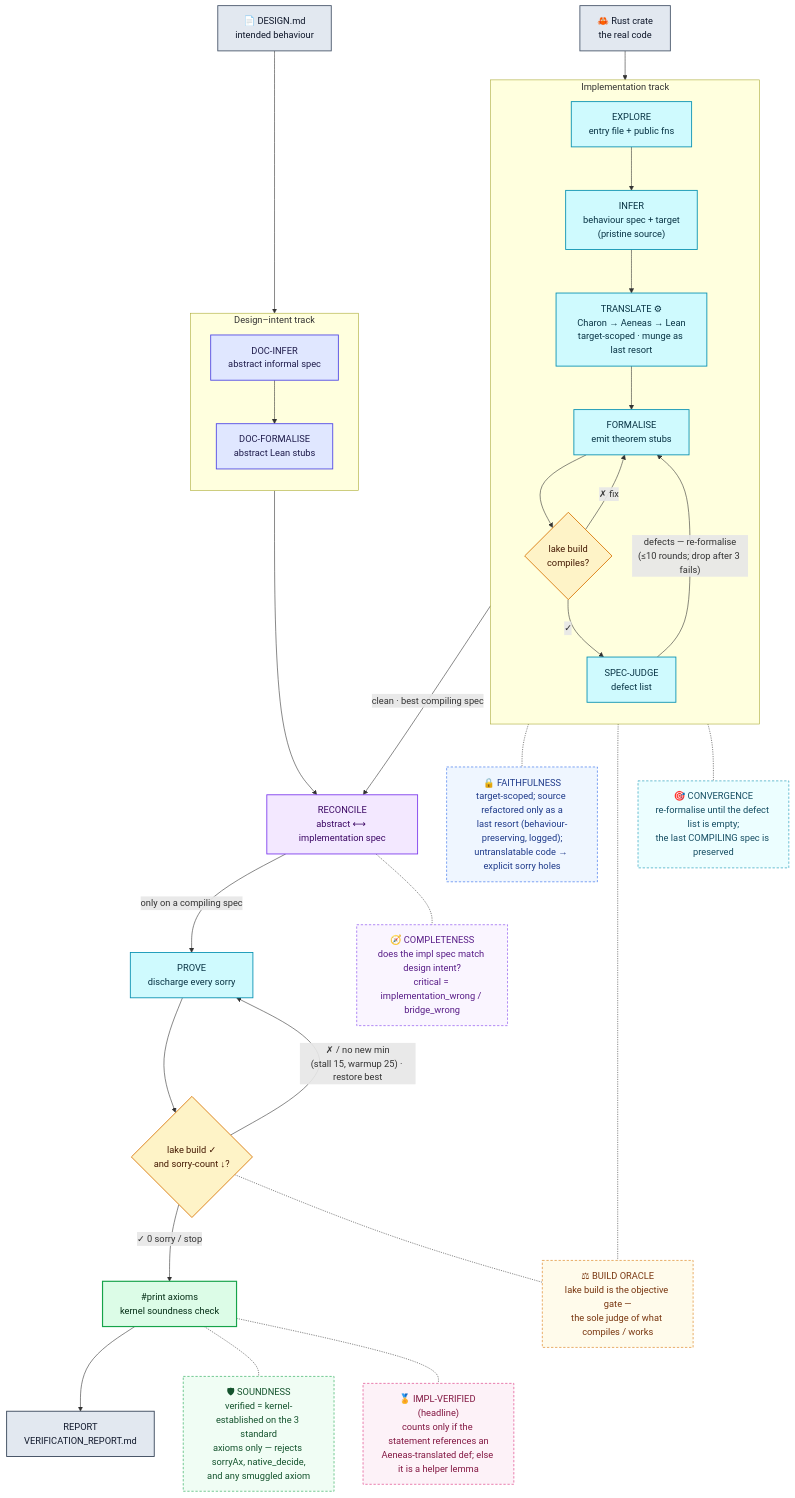
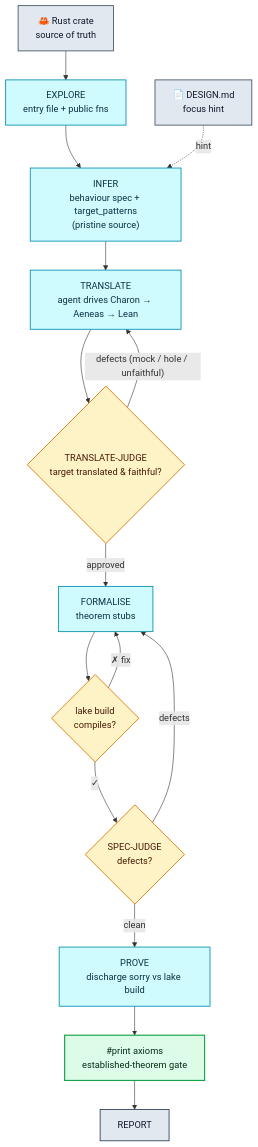
The diagram in README.md (Certora/lusterna), drawn with Mermaid before and after one commit. The commit also changed other lines of this file and 7 other files, not shown here.

````diff
--- a/README.md
+++ b/README.md
@@ -55,80 +48,31 @@
 ```mermaid
 flowchart TD
+  DESIGN["📄 DESIGN.md<br/>focus hint"]:::src
+  RUST["🦀 Rust crate<br/>source of truth"]:::src
 
-  %% ---------------- inputs ----------------
-  DESIGN["📄 DESIGN.md<br/>intended behaviour"]:::src
-  RUST["🦀 Rust crate<br/>the real code"]:::src
+  EXPLORE["EXPLORE<br/>entry file + public fns"]:::impl
+  INFER["INFER<br/>behaviour spec + target_patterns<br/>(pristine source)"]:::impl
+  TRANSLATE["TRANSLATE<br/>agent drives Charon → Aeneas → Lean"]:::impl
+  TJUDGE{"TRANSLATE-JUDGE<br/>target translated & faithful?"}:::gate
+  FORMALISE["FORMALISE<br/>theorem stubs"]:::impl
+  FBUILD{"lake build<br/>compiles?"}:::gate
+  SJUDGE{"SPEC-JUDGE<br/>defects?"}:::gate
+  PROVE["PROVE<br/>discharge sorry vs lake build"]:::impl
+  AXIOMS["#print axioms<br/>established-theorem gate"]:::verify
+  REPORT["REPORT"]:::report
 
-  %% ---------------- design / spec track ----------------
-  subgraph DT ["Design–intent track"]
-    direction TB
-    DOCINFER["DOC-INFER<br/>abstract informal spec"]:::doc
-    DOCFORM["DOC-FORMALISE<br/>abstract Lean stubs"]:::doc
-    DOCINFER --> DOCFORM
-  end
+  RUST --> EXPLORE --> INFER --> TRANSLATE --> TJUDGE
+  TJUDGE -- "defects (mock / hole / unfaithful)" --> TRANSLATE
+  TJUDGE -- "approved" --> FORMALISE --> FBUILD
+  FBUILD -- "✗ fix" --> FORMALISE
+  FBUILD -- "✓" --> SJUDGE
+  SJUDGE -- "defects" --> FORMALISE
+  SJUDGE -- "clean" --> PROVE --> AXIOMS --> REPORT
+  DESIGN -. "hint" .-> INFER
 
-  %% ---------------- implementation track ----------------
-  subgraph IT ["Implementation track"]
-    direction TB
-    EXPLORE["EXPLORE<br/>entry file + public fns"]:::impl
-    INFER["INFER<br/>behaviour spec + target<br/>(pristine source)"]:::impl
-    TRANSLATE["TRANSLATE ⚙<br/>Charon → Aeneas → Lean<br/>target-scoped · munge as last resort"]:::impl
-    FORMALISE["FORMALISE<br/>emit theorem stubs"]:::impl
-    FBUILD{"lake build<br/>compiles?"}:::gate
-    JUDGE["SPEC-JUDGE<br/>defect list"]:::impl
-    EXPLORE --> INFER --> TRANSLATE --> FORMALISE --> FBUILD
-    FBUILD -- "✗ fix" --> FORMALISE
-    FBUILD -- "✓" --> JUDGE
-    JUDGE -- "defects — re-formalise<br/>(≤10 rounds; drop after 3 fails)" --> FORMALISE
-  end
-
-  DESIGN --> DOCINFER
-  RUST --> EXPLORE
-
-  %% ---------------- reconcile + prove + verify ----------------
-  RECONCILE["RECONCILE<br/>abstract ⟷ implementation spec"]:::recon
-  PROVE["PROVE<br/>discharge every sorry"]:::impl
-  PBUILD{"lake build ✓<br/>and sorry-count ↓?"}:::gate
-  AXIOMS["#print axioms<br/>kernel soundness check"]:::verify
-  REPORT["REPORT<br/>VERIFICATION_REPORT.md"]:::report
-
-  JUDGE -- "clean · best compiling spec" --> RECONCILE
-  DOCFORM --> RECONCILE
-  RECONCILE -- "only on a compiling spec" --> PROVE
-  PROVE --> PBUILD
-  PBUILD -- "✗ / no new min<br/>(stall 15, warmup 25) · restore best" --> PROVE
-  PBUILD -- "✓ 0 sorry / stop" --> AXIOMS
-  AXIOMS --> REPORT
-
-  %% ---------------- concept callouts (always visible) ----------------
-  FAITH["🔒 FAITHFULNESS<br/>target-scoped; source refactored only as a<br/>last resort (behaviour-preserving, logged);<br/>untranslatable code → explicit sorry holes"]:::coFaith
-  ORACLE["⚖ BUILD ORACLE<br/>lake build is the objective gate —<br/>the sole judge of what compiles / works"]:::coOracle
-  CONV["🎯 CONVERGENCE<br/>re-formalise until the defect list is empty;<br/>the last COMPILING spec is preserved"]:::coConv
-  COMPL["🧭 COMPLETENESS<br/>does the impl spec match design intent?<br/>critical = implementation_wrong / bridge_wrong"]:::coCompl
-  SOUND["🛡 SOUNDNESS<br/>verified = kernel-established on the 3 standard<br/>axioms only — rejects sorryAx, native_decide,<br/>and any smuggled axiom"]:::coSound
-  IMPL["🏅 IMPL-VERIFIED (headline)<br/>counts only if the statement references an<br/>Aeneas-translated def; else it is a helper lemma"]:::coImpl
-
-  TRANSLATE -.- FAITH
-  FBUILD -.- ORACLE
-  PBUILD -.- ORACLE
-  JUDGE -.- CONV
-  RECONCILE -.- COMPL
-  AXIOMS -.- SOUND
-  AXIOMS -.- IMPL
-
-  %% ---------------- styling ----------------
   classDef src    fill:#e2e8f0,stroke:#475569,stroke-width:1.5px,color:#0f172a;
-  classDef doc    fill:#e0e7ff,stroke:#4f46e5,stroke-width:1.5px,color:#1e1b4b;
   classDef impl   fill:#cffafe,stroke:#0891b2,stroke-width:1.5px,color:#083344;
   classDef gate   fill:#fef3c7,stroke:#d97706,stroke-width:1.5px,color:#451a03;
-  classDef recon  fill:#f3e8ff,stroke:#7c3aed,stroke-width:1.5px,color:#3b0764;
   classDef verify fill:#dcfce7,stroke:#16a34a,stroke-width:2px,color:#052e16;
   classDef report fill:#e2e8f0,stroke:#334155,stroke-width:1.5px,color:#0f172a;
-
-  classDef coFaith  fill:#eff6ff,stroke:#2563eb,stroke-width:1px,stroke-dasharray:4 3,color:#1e3a8a;
-  classDef coOracle fill:#fffbeb,stroke:#d97706,stroke-width:1px,stroke-dasharray:4 3,color:#78350f;
-  classDef coConv   fill:#ecfeff,stroke:#0891b2,stroke-width:1px,stroke-dasharray:4 3,color:#164e63;
-  classDef coCompl  fill:#faf5ff,stroke:#7c3aed,stroke-width:1px,stroke-dasharray:4 3,color:#581c87;
-  classDef coSound  fill:#f0fdf4,stroke:#16a34a,stroke-width:1px,stroke-dasharray:4 3,color:#14532d;
-  classDef coImpl   fill:#fdf2f8,stroke:#db2777,stroke-width:1px,stroke-dasharray:4 3,color:#831843;
 ```
````
